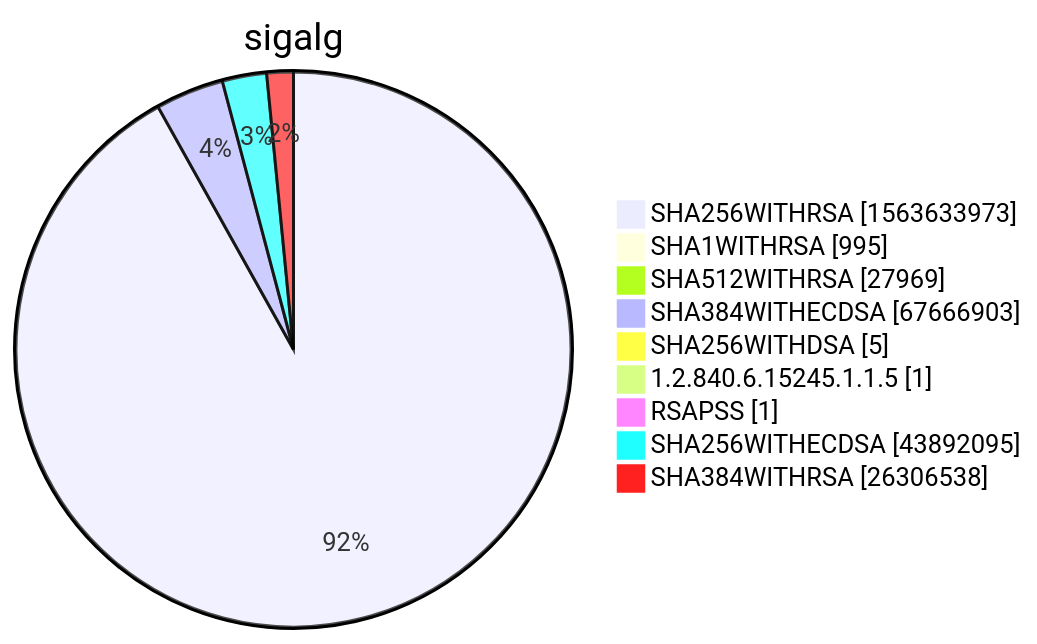
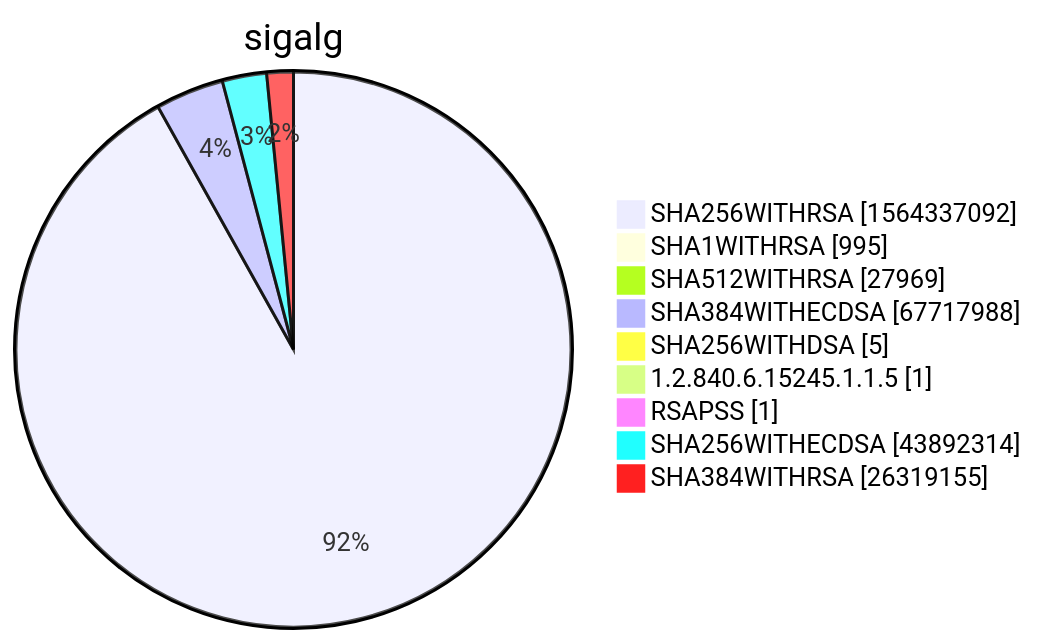
One commit to christiankrug/ctmonitor_visualization changed diagram 15 of 15 in xenon2022/README.md. Above: the diagram before and after it, drawn with Mermaid. The commit also changed other lines of this file, not shown here.

````diff
--- a/xenon2022/README.md
+++ b/xenon2022/README.md
@@ -5867,13 +5867,13 @@
 ```mermaid
 pie showData
 title sigalg
-"SHA256WITHRSA" :1563633973
+"SHA256WITHRSA" :1564337092
 "SHA1WITHRSA" :995
 "SHA512WITHRSA" :27969
-"SHA384WITHECDSA" :67666903
+"SHA384WITHECDSA" :67717988
 "SHA256WITHDSA" :5
 "1.2.840.6.15245.1.1.5" :1
 "RSAPSS" :1
-"SHA256WITHECDSA" :43892095
-"SHA384WITHRSA" :26306538
+"SHA256WITHECDSA" :43892314
+"SHA384WITHRSA" :26319155
 ```
````
